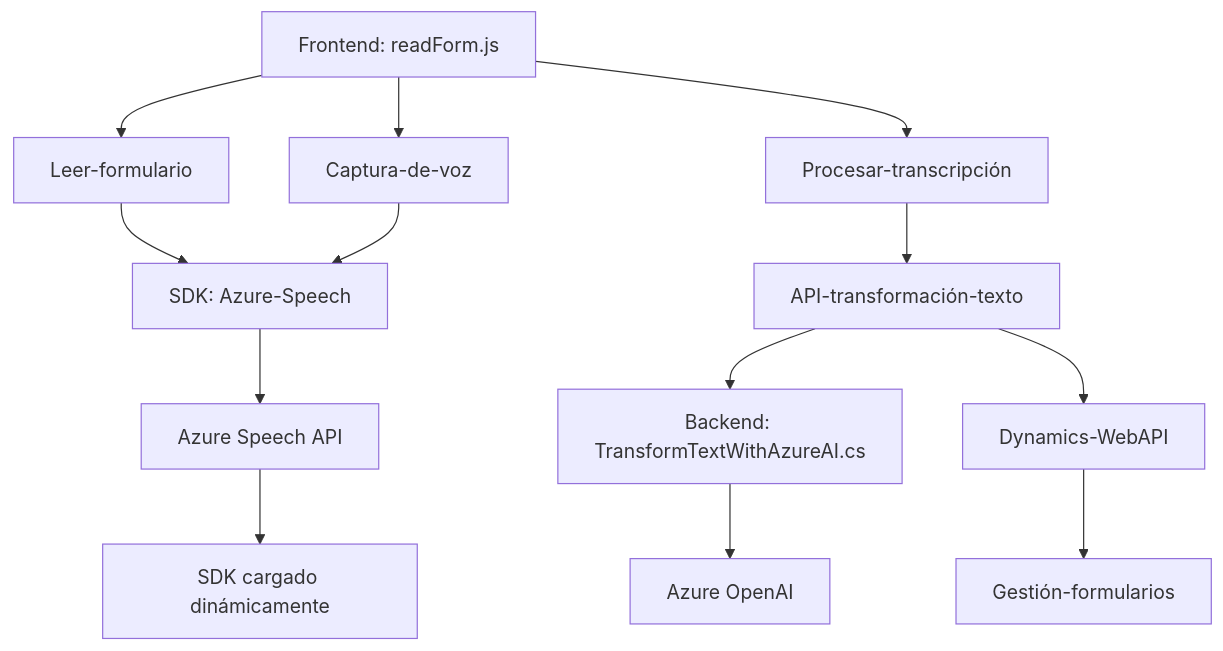
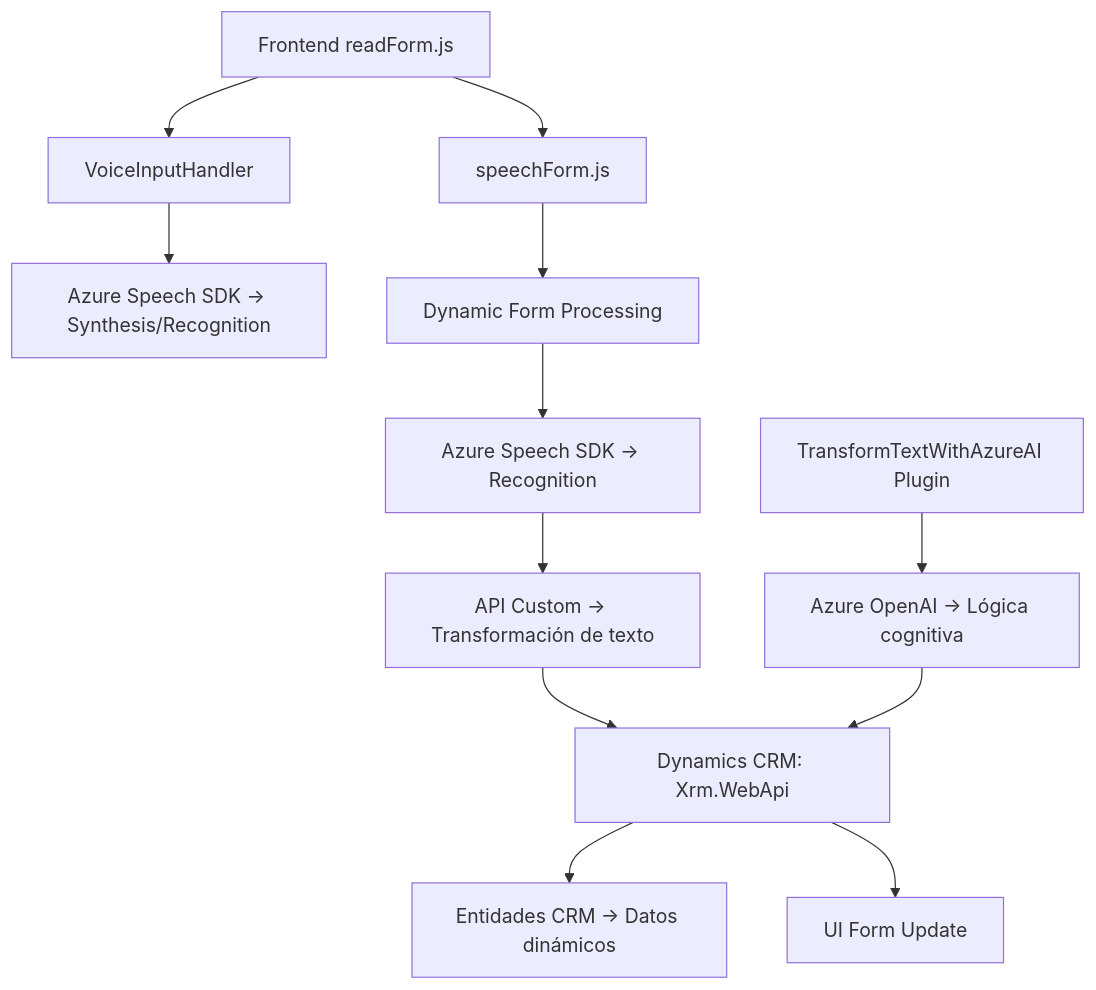
Before and after one commit to blopezdm/NETCORE_BILBAO2025: the diagram in README.md, drawn with Mermaid. The commit also changed other lines of this file, not shown here.

````diff
--- a/README.md
+++ b/README.md
@@ -36,19 +53,14 @@
 ```mermaid
 graph TD
-    A["Frontend: readForm.js"] --> B["Leer-formulario"]
-    A --> C["Captura-de-voz"]
-    A --> D["Procesar-transcripción"]
-
-    B --> E["SDK: Azure-Speech"]
-    C --> E
-    D --> F["API-transformación-texto"]
-
-    F --> G["Backend: TransformTextWithAzureAI.cs"]
-    G --> H["Azure OpenAI"]
-
-    E --> I["Azure Speech API"]
-    F --> J["Dynamics-WebAPI"]
-    J --> K["Gestión-formularios"]
-
-    I --> L["SDK cargado dinámicamente"]
+    A["Frontend readForm.js"] --> B["VoiceInputHandler"]
+    A --> C["speechForm.js"]
+    B --> D["Azure Speech SDK -> Synthesis/Recognition"]
+    C --> E["Dynamic Form Processing"]
+    E --> F["Azure Speech SDK -> Recognition"]
+    F --> G["API Custom -> Transformación de texto"]
+    G --> H["Dynamics CRM: Xrm.WebApi"]
+    H --> I["Entidades CRM -> Datos dinámicos"]
+    J["TransformTextWithAzureAI Plugin"] --> K["Azure OpenAI -> Lógica cognitiva"]
+    K --> H
+    H --> L["UI Form Update"]
 ```
````
